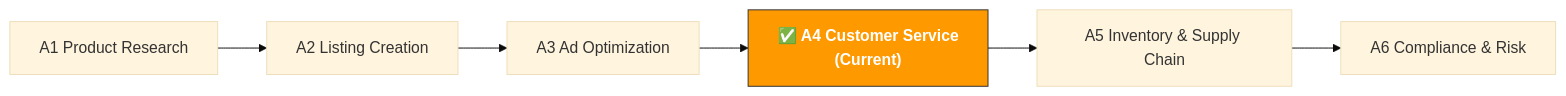
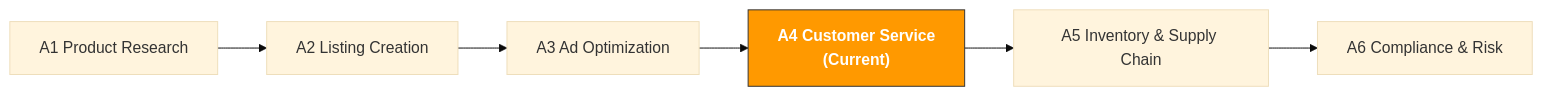
The diagram in en/paths/a-operators/a4-customer-service.md (kangise/ecommerce-ai-roadmap), drawn with Mermaid (base theme) before and after one commit. The commit also changed other lines of this file and 185 other files, not shown here.

````diff
--- a/en/paths/a-operators/a4-customer-service.md
+++ b/en/paths/a-operators/a4-customer-service.md
@@ -13,15 +13,15 @@
 ```mermaid
 flowchart LR
-    A1["A1 Product Research"]
-    A1 --> A2
-    A2["A2 Listing Creation"]
-    A2 --> A3
-    A3["A3 Ad Optimization"]
-    A3 --> A4
-    A4["✅ A4 Customer Service<br/>(Current)"]:::current
-    A4 --> A5
-    A5["A5 Inventory & Supply Chain"]
-    A5 --> A6
-    A6["A6 Compliance & Risk"]
-    classDef current fill:#ff9900,stroke:#333,color:#fff,font-weight:bold
+A1["A1 Product Research"]
+A1 --> A2
+A2["A2 Listing Creation"]
+A2 --> A3
+A3["A3 Ad Optimization"]
+A3 --> A4
+A4[" A4 Customer Service<br/>(Current)"]:::current
+A4 --> A5
+A5["A5 Inventory & Supply Chain"]
+A5 --> A6
+A6["A6 Compliance & Risk"]
+classDef current fill:#ff9900,stroke:#333,color:#fff,font-weight:bold
 ```
````
